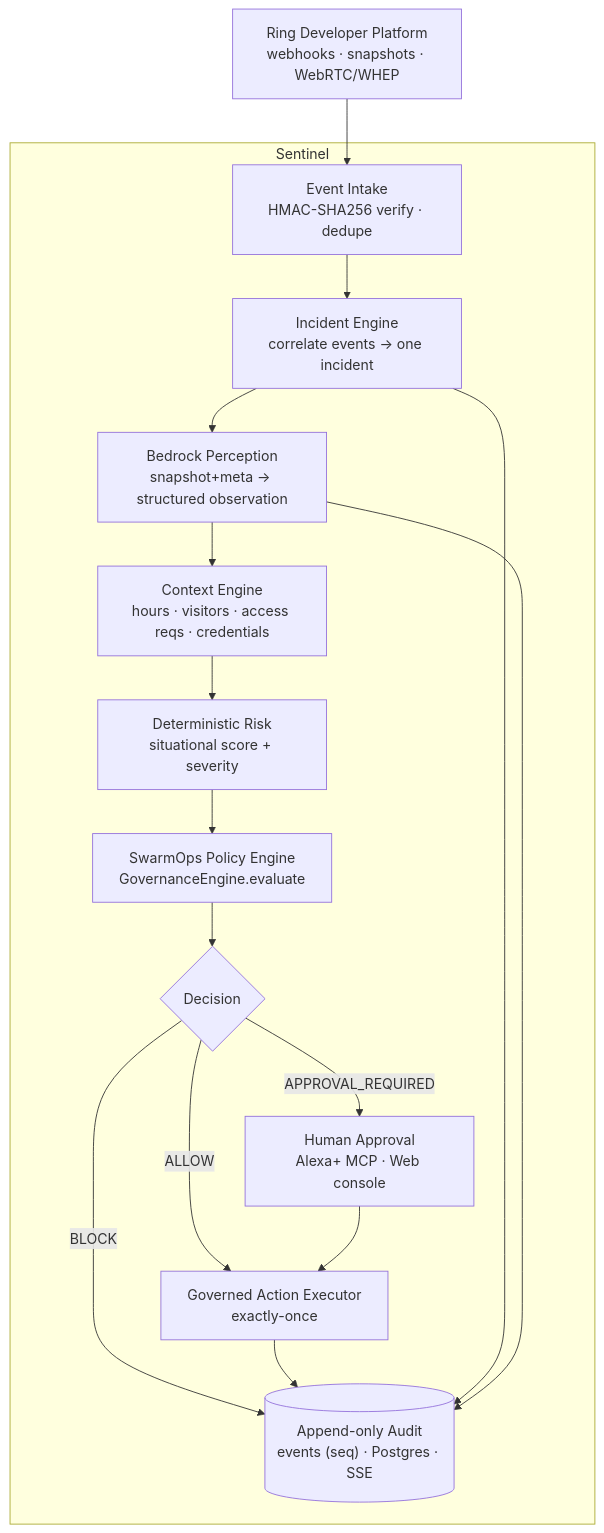
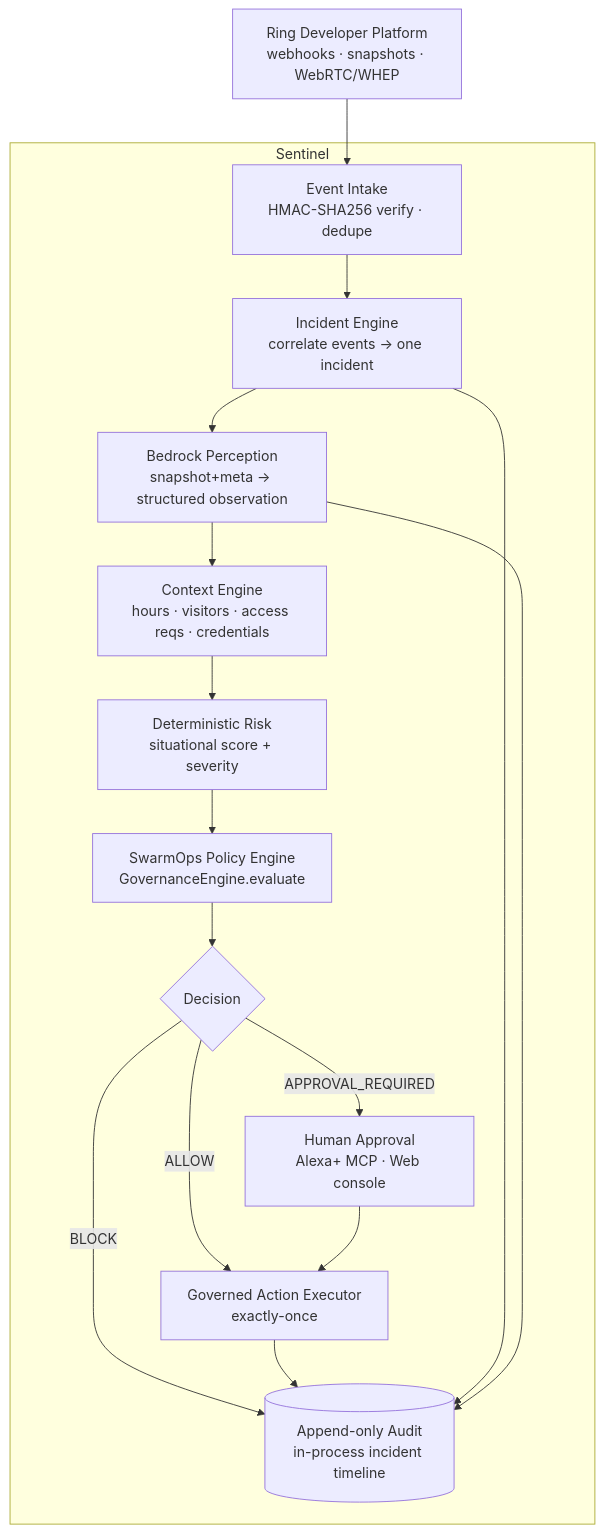
The diagram in docs/sentinel/ARCHITECTURE.md (datAgent77/swarmops-SENTINEL-AWS), drawn with Mermaid before and after one commit. The commit also changed other lines of this file and 114 other files, not shown here.

````diff
--- a/docs/sentinel/ARCHITECTURE.md
+++ b/docs/sentinel/ARCHITECTURE.md
@@ -23,24 +23,24 @@
 ```mermaid
 flowchart TB
     RING["Ring Developer Platform<br/>webhooks · snapshots · WebRTC/WHEP"]
     subgraph SENTINEL["Sentinel"]
       INTAKE["Event Intake<br/>HMAC-SHA256 verify · dedupe"]
       INC["Incident Engine<br/>correlate events → one incident"]
       PERC["Bedrock Perception<br/>snapshot+meta → structured observation"]
       CTX["Context Engine<br/>hours · visitors · access reqs · credentials"]
       RISK["Deterministic Risk<br/>situational score + severity"]
       POL["SwarmOps Policy Engine<br/>GovernanceEngine.evaluate"]
       DECIDE{"Decision"}
       HUM["Human Approval<br/>Alexa+ MCP · Web console"]
       EXE["Governed Action Executor<br/>exactly-once"]
-      AUD[("Append-only Audit<br/>events (seq) · Postgres · SSE")]
+      AUD[("Append-only Audit<br/>in-process incident timeline")]
     end
 
     RING --> INTAKE --> INC --> PERC --> CTX --> RISK --> POL --> DECIDE
     DECIDE -- ALLOW --> EXE
     DECIDE -- BLOCK --> AUD
     DECIDE -- APPROVAL_REQUIRED --> HUM --> EXE
     EXE --> AUD
     INC --> AUD
     PERC --> AUD
 ```
````
